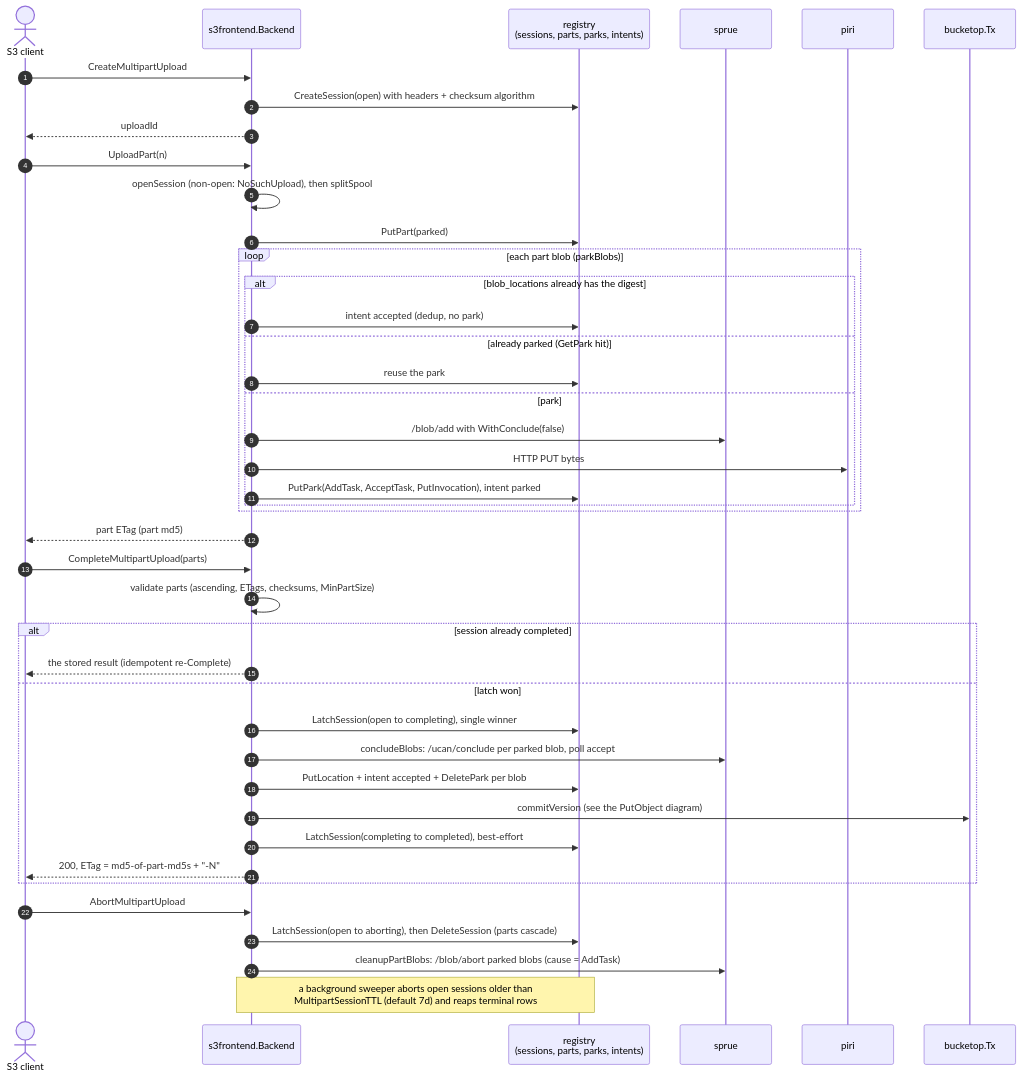
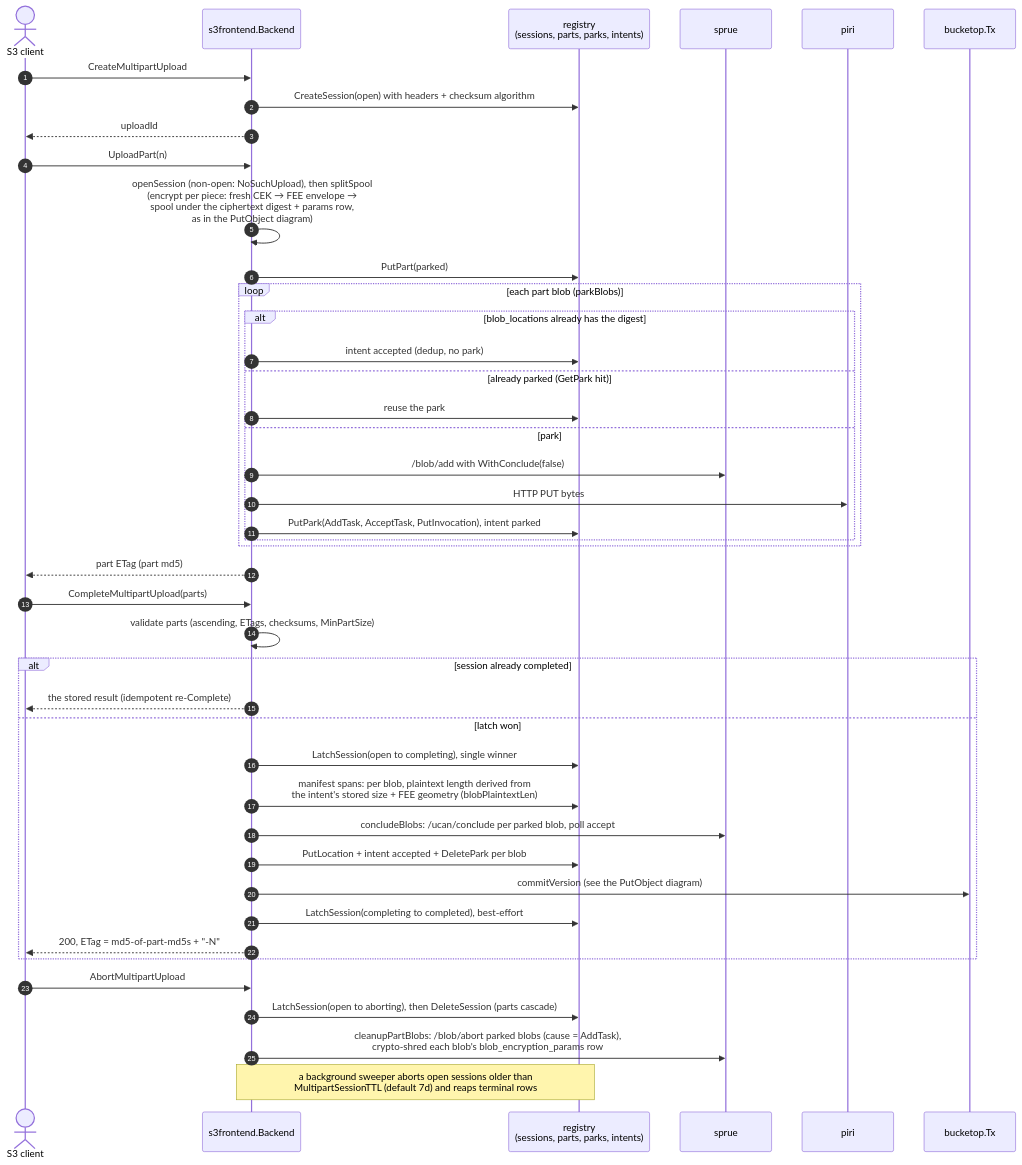
Before and after one commit to fil-forge/ingot: the sixth of 14 diagrams in docs/diagrams.md, drawn with Mermaid. The commit also changed other lines of this file and 18 other files, not shown here.

````diff
--- a/docs/diagrams.md
+++ b/docs/diagrams.md
@@ -389,45 +396,46 @@
 ```mermaid
 sequenceDiagram
     autonumber
     actor C as S3 client
     participant B as s3frontend.Backend
     participant R as registry<br/>(sessions, parts, parks, intents)
     participant U as sprue
     participant P as piri
     participant TX as bucketop.Tx
 
     C->>B: CreateMultipartUpload
     B->>R: CreateSession(open) with headers + checksum algorithm
     B-->>C: uploadId
     C->>B: UploadPart(n)
-    B->>B: openSession (non-open: NoSuchUpload), then splitSpool
+    B->>B: openSession (non-open: NoSuchUpload), then splitSpool<br/>(encrypt per piece: fresh CEK → FEE envelope →<br/>spool under the ciphertext digest + params row,<br/>as in the PutObject diagram)
     B->>R: PutPart(parked)
     loop each part blob (parkBlobs)
         alt blob_locations already has the digest
             B->>R: intent accepted (dedup, no park)
         else already parked (GetPark hit)
             B->>R: reuse the park
         else park
             B->>U: /blob/add with WithConclude(false)
             B->>P: HTTP PUT bytes
             B->>R: PutPark(AddTask, AcceptTask, PutInvocation), intent parked
         end
     end
     B-->>C: part ETag (part md5)
     C->>B: CompleteMultipartUpload(parts)
     B->>B: validate parts (ascending, ETags, checksums, MinPartSize)
     alt session already completed
         B-->>C: the stored result (idempotent re-Complete)
     else latch won
         B->>R: LatchSession(open to completing), single winner
+        B->>R: manifest spans: per blob, plaintext length derived from<br/>the intent's stored size + FEE geometry (blobPlaintextLen)
         B->>U: concludeBlobs: /ucan/conclude per parked blob, poll accept
         B->>R: PutLocation + intent accepted + DeletePark per blob
         B->>TX: commitVersion (see the PutObject diagram)
         B->>R: LatchSession(completing to completed), best-effort
         B-->>C: 200, ETag = md5-of-part-md5s + "-N"
     end
     C->>B: AbortMultipartUpload
     B->>R: LatchSession(open to aborting), then DeleteSession (parts cascade)
-    B->>U: cleanupPartBlobs: /blob/abort parked blobs (cause = AddTask)
+    B->>U: cleanupPartBlobs: /blob/abort parked blobs (cause = AddTask),<br/>crypto-shred each blob's blob_encryption_params row
     Note over B,R: a background sweeper aborts open sessions older than<br/>MultipartSessionTTL (default 7d) and reaps terminal rows
 ```
````
